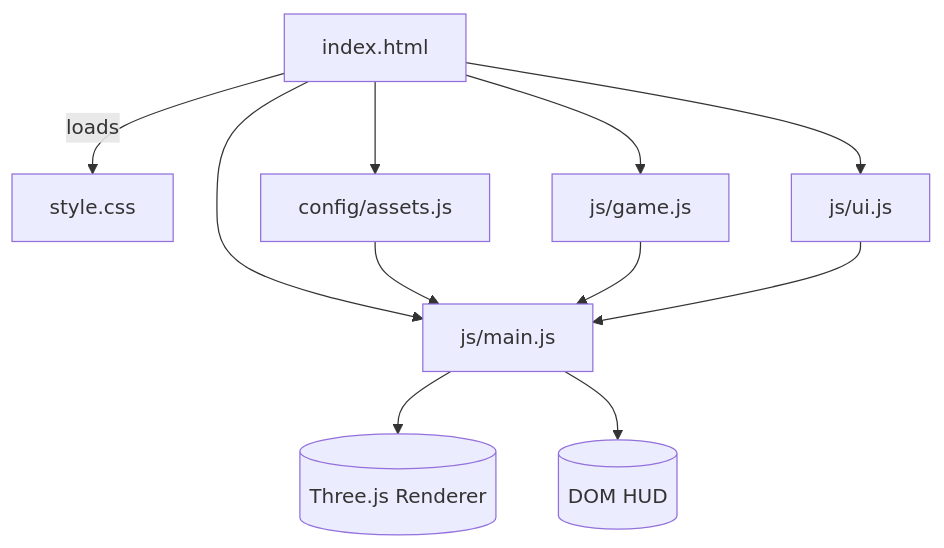
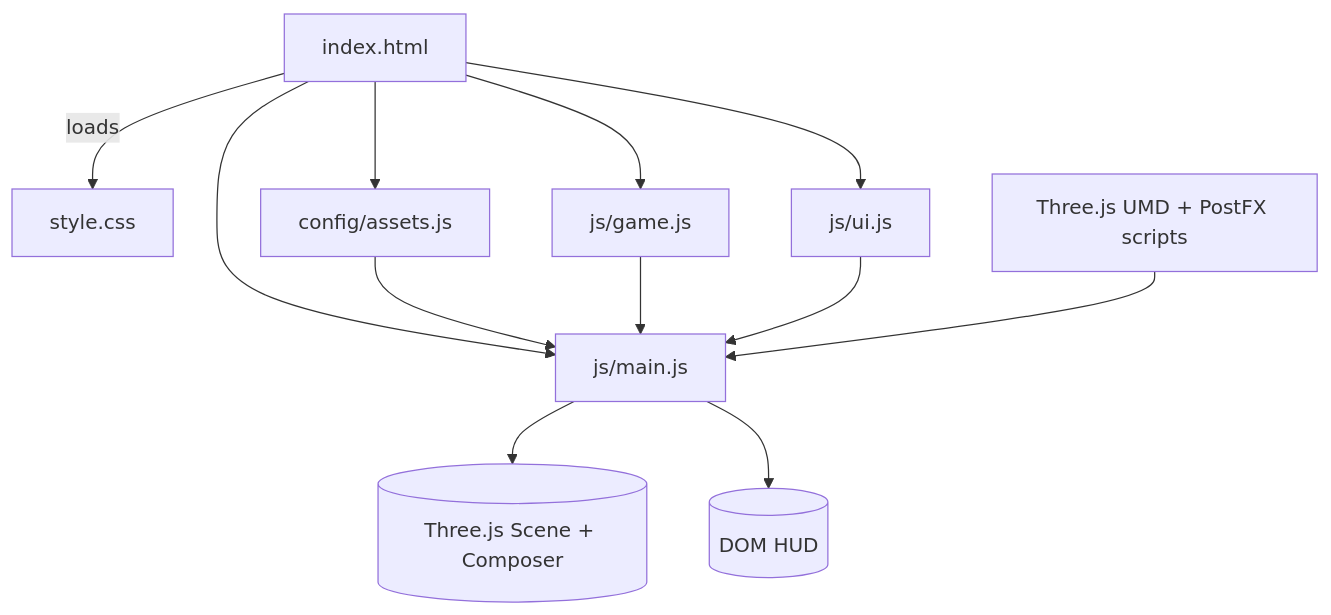
The first of 5 diagrams in vibe_resources/architecture.md (satchm0h/dungeon_delver), drawn with Mermaid before and after one commit. The commit also changed other lines of this file, not shown here.

Commit message:
Update architecture doc for bloom fog of war

````diff
--- a/vibe_resources/architecture.md
+++ b/vibe_resources/architecture.md
@@ -7,15 +7,16 @@
 ```mermaid
 graph TD
   A[index.html] -->|loads| B[style.css]
   A --> C[config/assets.js]
   A --> D[js/game.js]
   A --> E[js/ui.js]
   A --> F[js/main.js]
 
   C --> F
   D --> F
   E --> F
+  G[Three.js UMD + PostFX scripts] --> F
 
-  F --> G[(Three.js Renderer)]
-  F --> H[(DOM HUD)]
+  F --> H[(Three.js Scene + Composer)]
+  F --> I[(DOM HUD)]
 ```
````
